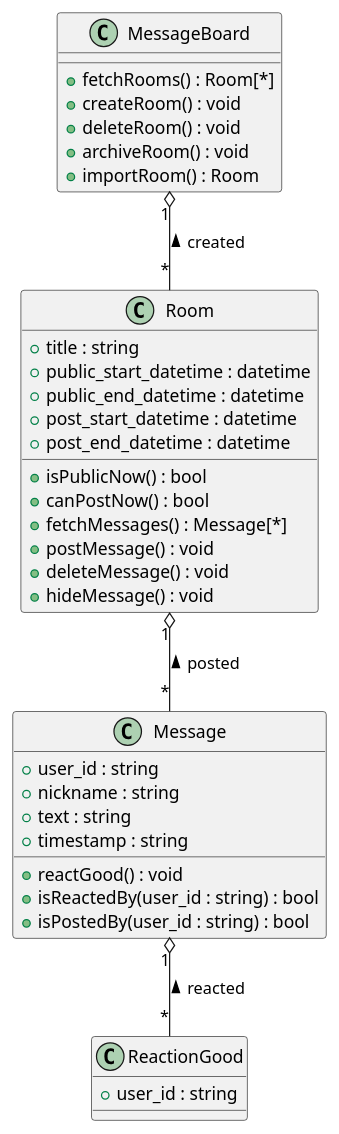
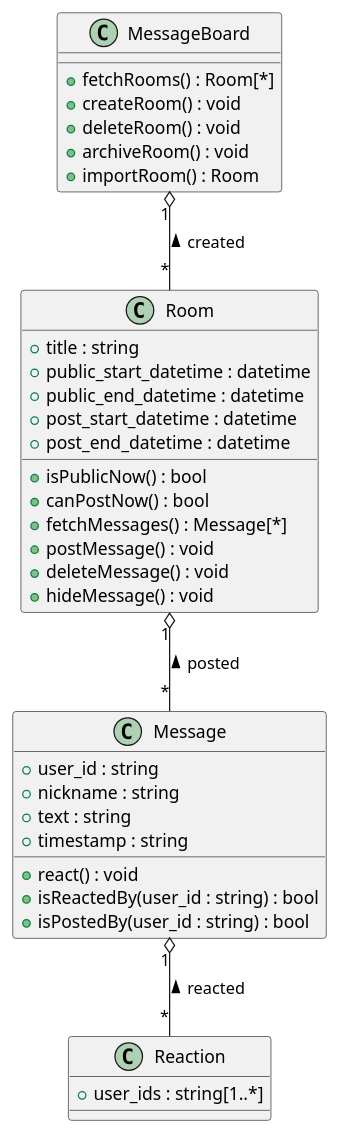
The diagram in system-design/class.pu (okutan0x7CC/message-board), drawn with PlantUML before and after one commit. The commit also changed 1 other file, not shown here.

```diff
--- a/system-design/class.pu
+++ b/system-design/class.pu
@@ -1,42 +1,42 @@
 @startuml class
 
 class MessageBoard {
     + fetchRooms() : Room[*]
     + createRoom() : void
     + deleteRoom() : void
     + archiveRoom() : void
     + importRoom() : Room
 }
 
 class Room {
     + title : string
     + public_start_datetime : datetime
     + public_end_datetime : datetime
     + post_start_datetime : datetime
     + post_end_datetime : datetime
     + isPublicNow() : bool
     + canPostNow() : bool
     + fetchMessages() : Message[*]
     + postMessage() : void
     + deleteMessage() : void
     + hideMessage() : void
 }
 MessageBoard "1" o-- "*" Room : created <
 
 class Message {
     + user_id : string
     + nickname : string
     + text : string
     + timestamp : string
-    + reactGood() : void
+    + react() : void
     + isReactedBy(user_id : string) : bool
     + isPostedBy(user_id : string) : bool
 }
 Room "1" o-- "*" Message : posted <
 
-class ReactionGood {
-    + user_id : string
+class Reaction {
+    + user_ids : string[1..*]
 }
-Message "1" o-- "*" ReactionGood : reacted <
+Message "1" o-- "*" Reaction : reacted <
 
 @enduml
```
